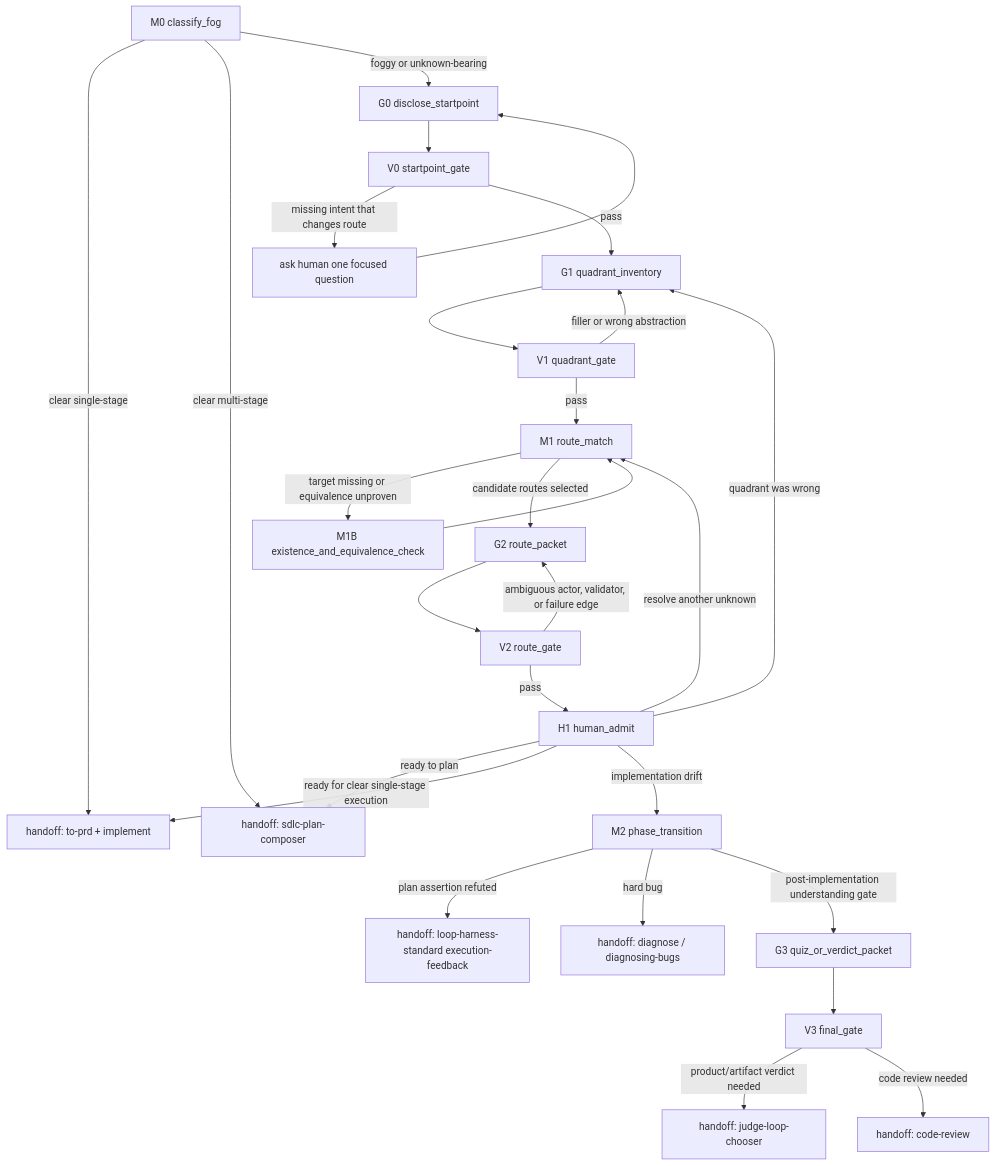
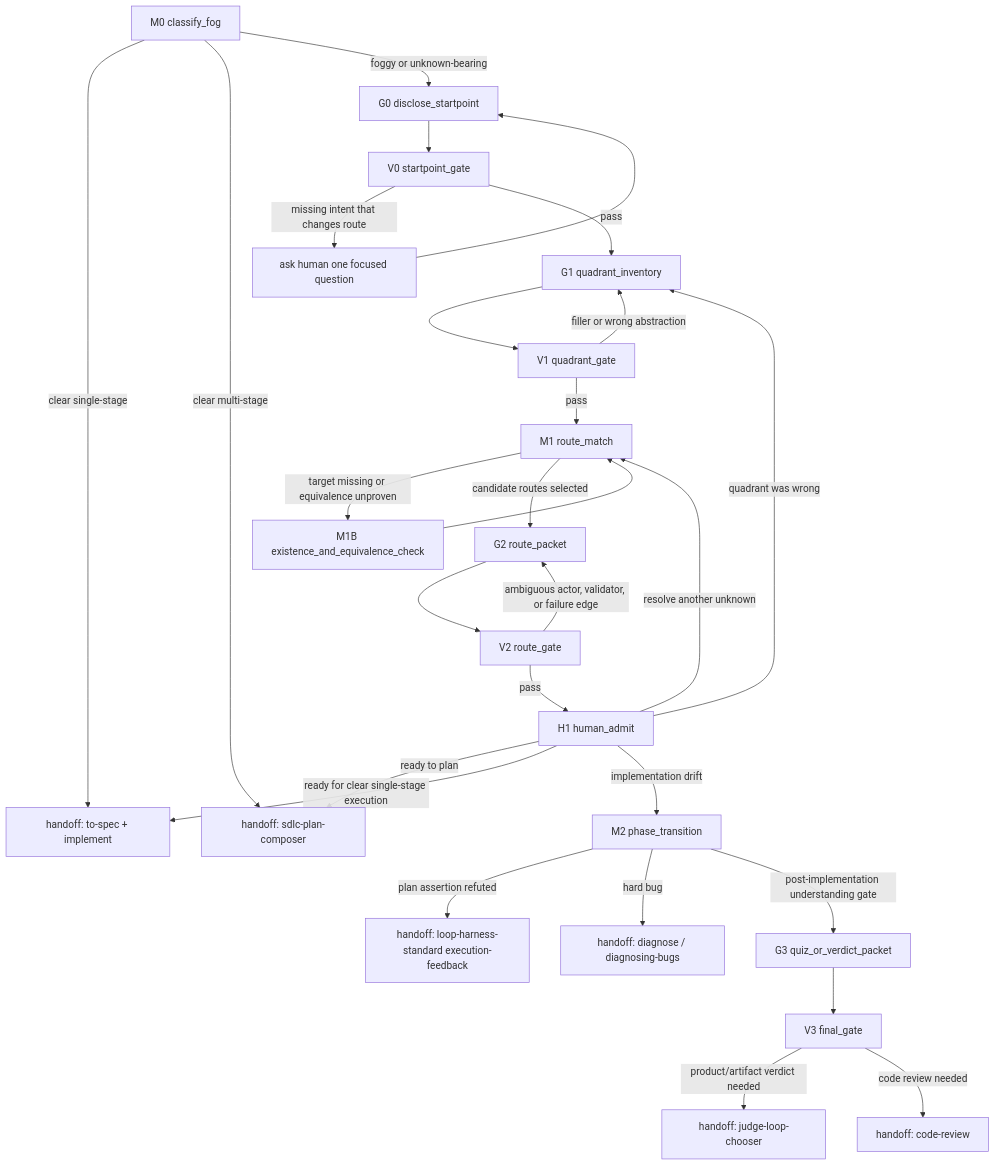
Before and after one commit to ed3c/skills-shared: the diagram in skills/unknown-discovery-composer/SKILL.md, drawn with Mermaid. The commit also changed other lines of this file and 6 other files, not shown here.

````diff
--- a/skills/unknown-discovery-composer/SKILL.md
+++ b/skills/unknown-discovery-composer/SKILL.md
@@ -65,30 +65,30 @@
 ```mermaid
 flowchart TD
-  M0["M0 classify_fog"] -->|clear single-stage| X1["handoff: to-prd + implement"]
+  M0["M0 classify_fog"] -->|clear single-stage| X1["handoff: to-spec + implement"]
   M0 -->|clear multi-stage| X2["handoff: sdlc-plan-composer"]
   M0 -->|foggy or unknown-bearing| G0["G0 disclose_startpoint"]
   G0 --> V0["V0 startpoint_gate"]
   V0 -->|missing intent that changes route| H0["ask human one focused question"]
   H0 --> G0
   V0 -->|pass| G1["G1 quadrant_inventory"]
   G1 --> V1["V1 quadrant_gate"]
   V1 -->|filler or wrong abstraction| G1
   V1 -->|pass| M1["M1 route_match"]
   M1 -->|target missing or equivalence unproven| M1B["M1B existence_and_equivalence_check"]
   M1B --> M1
   M1 -->|candidate routes selected| G2["G2 route_packet"]
   G2 --> V2["V2 route_gate"]
   V2 -->|ambiguous actor, validator, or failure edge| G2
   V2 -->|pass| H1["H1 human_admit"]
   H1 -->|resolve another unknown| M1
   H1 -->|quadrant was wrong| G1
   H1 -->|ready to plan| X2
   H1 -->|ready for clear single-stage execution| X1
   H1 -->|implementation drift| M2["M2 phase_transition"]
   M2 -->|plan assertion refuted| X3["handoff: loop-harness-standard execution-feedback"]
   M2 -->|hard bug| X4["handoff: diagnose / diagnosing-bugs"]
   M2 -->|post-implementation understanding gate| G3["G3 quiz_or_verdict_packet"]
   G3 --> V3["V3 final_gate"]
   V3 -->|product/artifact verdict needed| X5["handoff: judge-loop-chooser"]
   V3 -->|code review needed| X6["handoff: code-review"]
 ```
````
